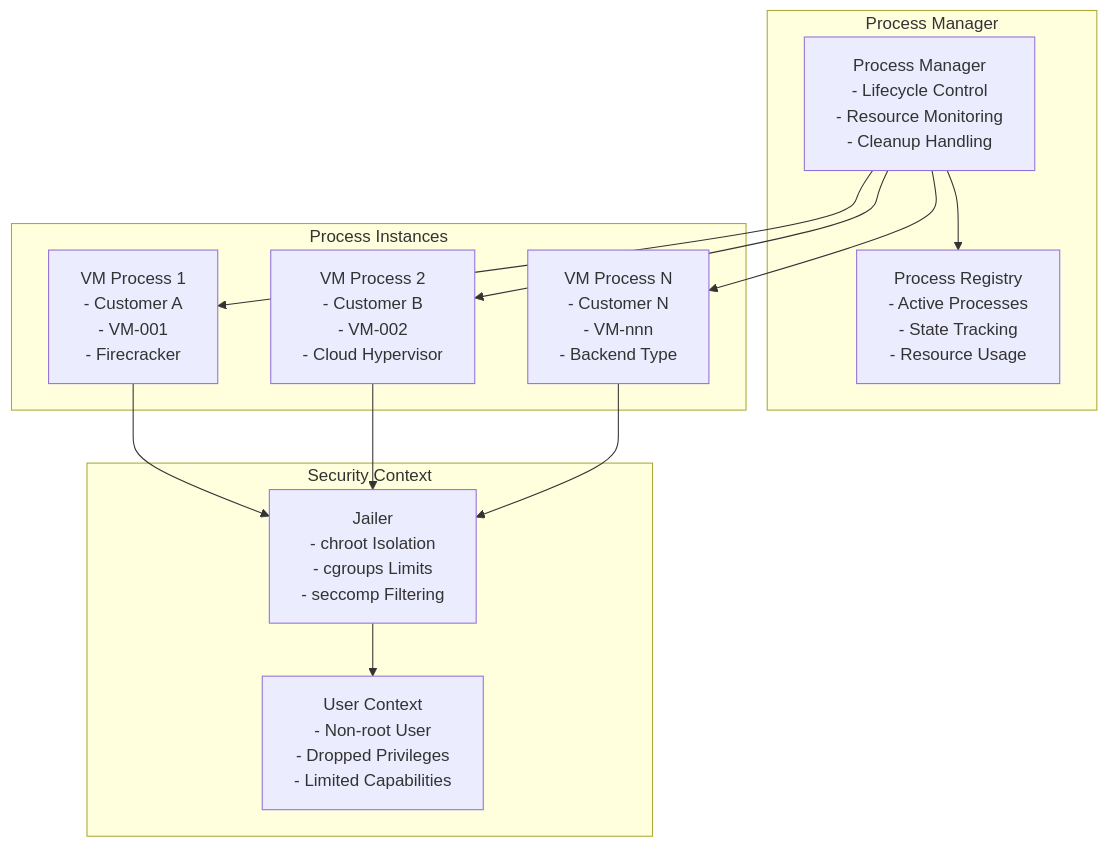
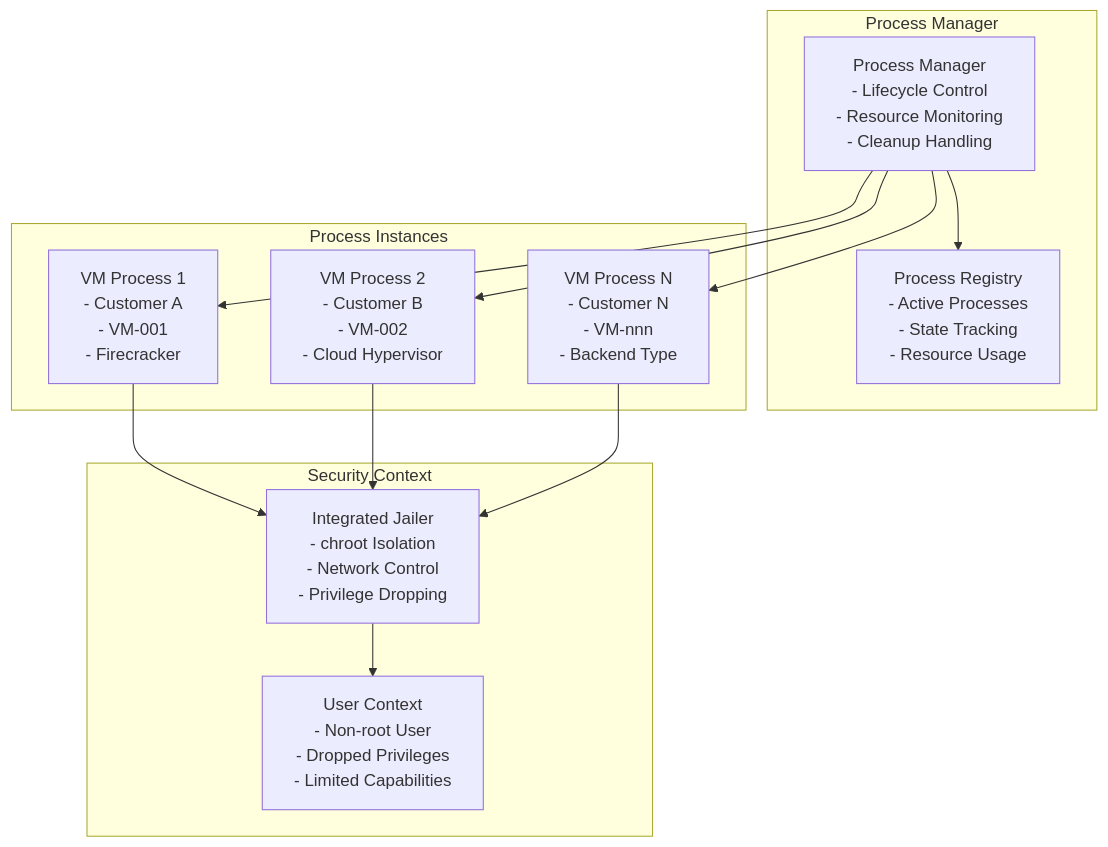
One commit to unkeyed/unkey changed the tenth of 13 diagrams in go/deploy/metald/docs/architecture/components/metald.md. Above: the diagram before and after it, drawn with Mermaid. The commit also changed other lines of this file and 298 other files, not shown here.

````diff
--- a/go/deploy/metald/docs/architecture/components/metald.md
+++ b/go/deploy/metald/docs/architecture/components/metald.md
@@ -430,29 +430,29 @@
 ```mermaid
 graph TB
     subgraph "Process Manager"
         Manager[Process Manager<br/>- Lifecycle Control<br/>- Resource Monitoring<br/>- Cleanup Handling]
         Registry[Process Registry<br/>- Active Processes<br/>- State Tracking<br/>- Resource Usage]
     end
     
     subgraph "Process Instances"
         P1[VM Process 1<br/>- Customer A<br/>- VM-001<br/>- Firecracker]
         P2[VM Process 2<br/>- Customer B<br/>- VM-002<br/>- Cloud Hypervisor]
         Pn[VM Process N<br/>- Customer N<br/>- VM-nnn<br/>- Backend Type]
     end
     
     subgraph "Security Context"
-        Jailer[Jailer<br/>- chroot Isolation<br/>- cgroups Limits<br/>- seccomp Filtering]
+        Jailer[Integrated Jailer<br/>- chroot Isolation<br/>- Network Control<br/>- Privilege Dropping]
         User[User Context<br/>- Non-root User<br/>- Dropped Privileges<br/>- Limited Capabilities]
     end
     
     Manager --> Registry
     Manager --> P1
     Manager --> P2
     Manager --> Pn
     
     P1 --> Jailer
     P2 --> Jailer
     Pn --> Jailer
     
     Jailer --> User
 ```
````
